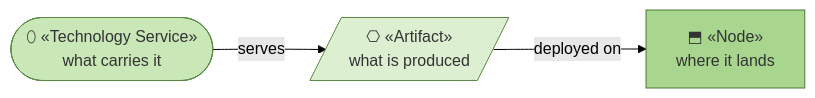
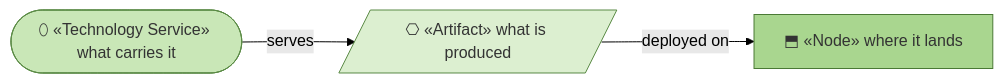
Before and after one commit to roanboc/architecture-archreator: the first of 2 diagrams in org-archreator/architecture/5_technology/2_deployment.md, drawn with Mermaid (forest theme). The commit also changed other lines of this file and 38 other files, not shown here.

````diff
--- a/org-archreator/architecture/5_technology/2_deployment.md
+++ b/org-archreator/architecture/5_technology/2_deployment.md
@@ -12,13 +12,13 @@
 ```mermaid
 flowchart LR
-  art[/"⎔ «Artifact»<br>what is produced"/]:::artifact
-  node["⬒ «Node»<br>where it lands"]:::node
-  tsvc(["⬯ «Technology Service»<br>what carries it"]):::techservice
+  art[/"⎔ «Artifact» what is produced"/]:::artifact
+  node["⬒ «Node» where it lands"]:::node
+  tsvc(["⬯ «Technology Service» what carries it"]):::techservice
 
   art -->|deployed on| node
   tsvc -->|serves| art
 
   classDef artifact fill:#dcefd0,stroke:#5a8a45,color:#333
   classDef node fill:#a9d68f,stroke:#4a7a35,color:#333
   classDef techservice fill:#c9e7b7,stroke:#5a8a45,color:#333
 ```
````
